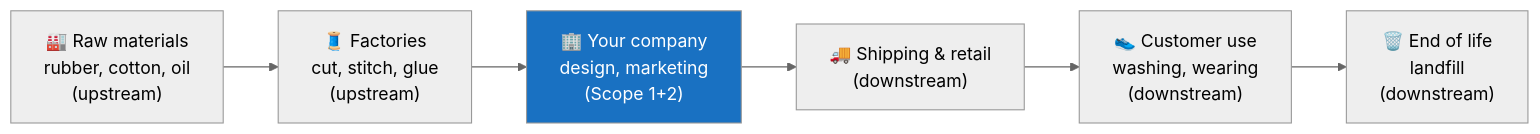
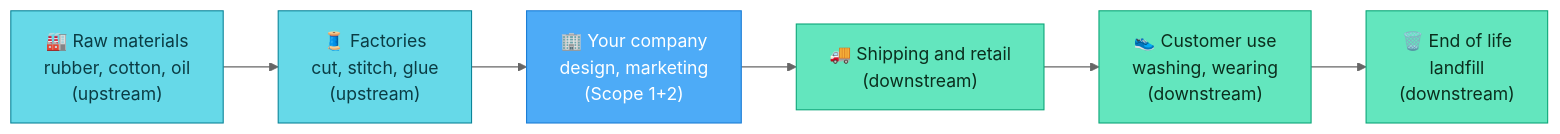
One commit to co3org/Scope3-Challenge changed the second of 2 diagrams in 08_scope3_101.md. Above: the diagram before and after it, drawn with Mermaid (neutral theme). The commit also changed other lines of this file and 10 other files, not shown here.

First line of the commit message:
Redesign all 57 Mermaid diagrams with a consistent, semantic design system

````diff
--- a/08_scope3_101.md
+++ b/08_scope3_101.md
@@ -76,5 +85,19 @@
 ```mermaid
 flowchart LR
-    A["🏭 Raw materials\nrubber, cotton, oil\n(upstream)"] --> B["🧵 Factories\ncut, stitch, glue\n(upstream)"] --> C["🏢 Your company\ndesign, marketing\n(Scope 1+2)"] --> D["🚚 Shipping & retail\n(downstream)"] --> E["👟 Customer use\nwashing, wearing\n(downstream)"] --> F["🗑️ End of life\nlandfill\n(downstream)"]
-    style C fill:#1971c2,color:#fff
+    classDef up fill:#66d9e8,stroke:#0c8599,color:#0b3c44;
+    classDef s2 fill:#4dabf7,stroke:#1c7ed6,color:#fff;
+    classDef down fill:#63e6be,stroke:#0ca678,color:#0b2e1d;
+
+    A["🏭 Raw materials\nrubber, cotton, oil\n(upstream)"]
+    B["🧵 Factories\ncut, stitch, glue\n(upstream)"]
+    C["🏢 Your company\ndesign, marketing\n(Scope 1+2)"]
+    D["🚚 Shipping and retail\n(downstream)"]
+    E["👟 Customer use\nwashing, wearing\n(downstream)"]
+    F["🗑️ End of life\nlandfill\n(downstream)"]
+
+    A --> B --> C --> D --> E --> F
+
+    class A,B up;
+    class C s2;
+    class D,E,F down;
 ```
````
